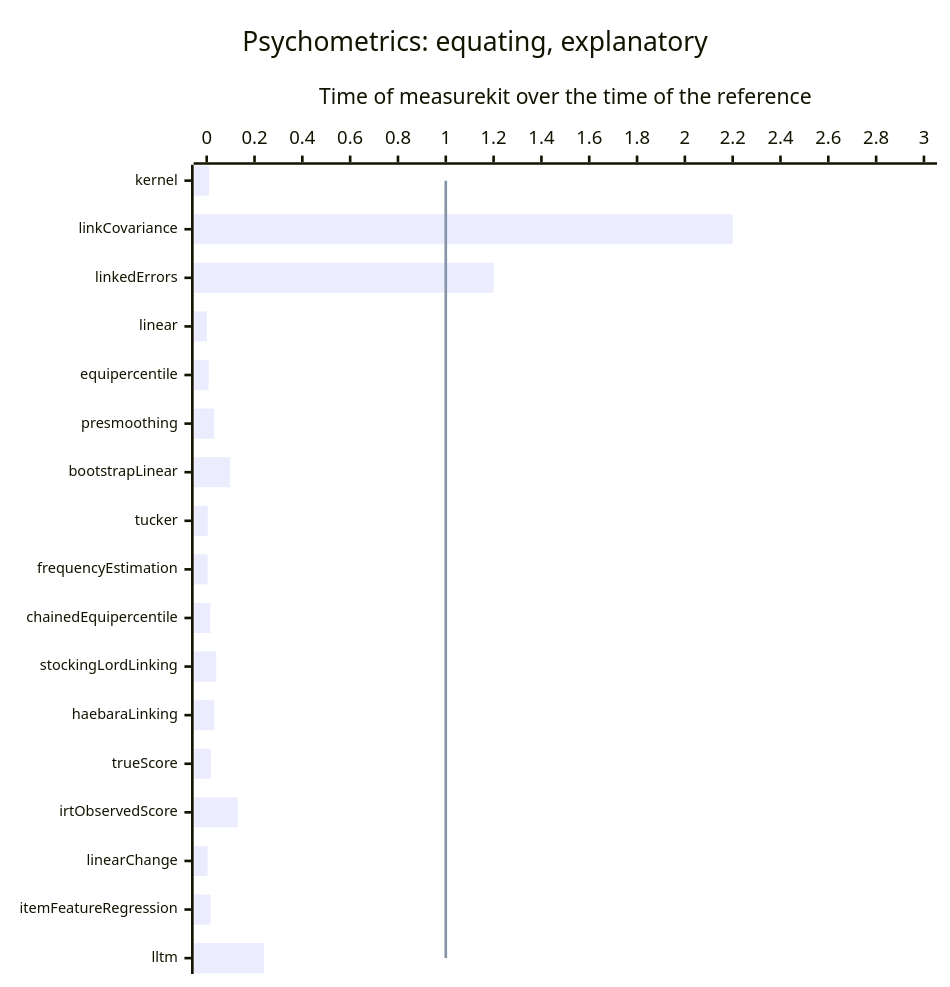
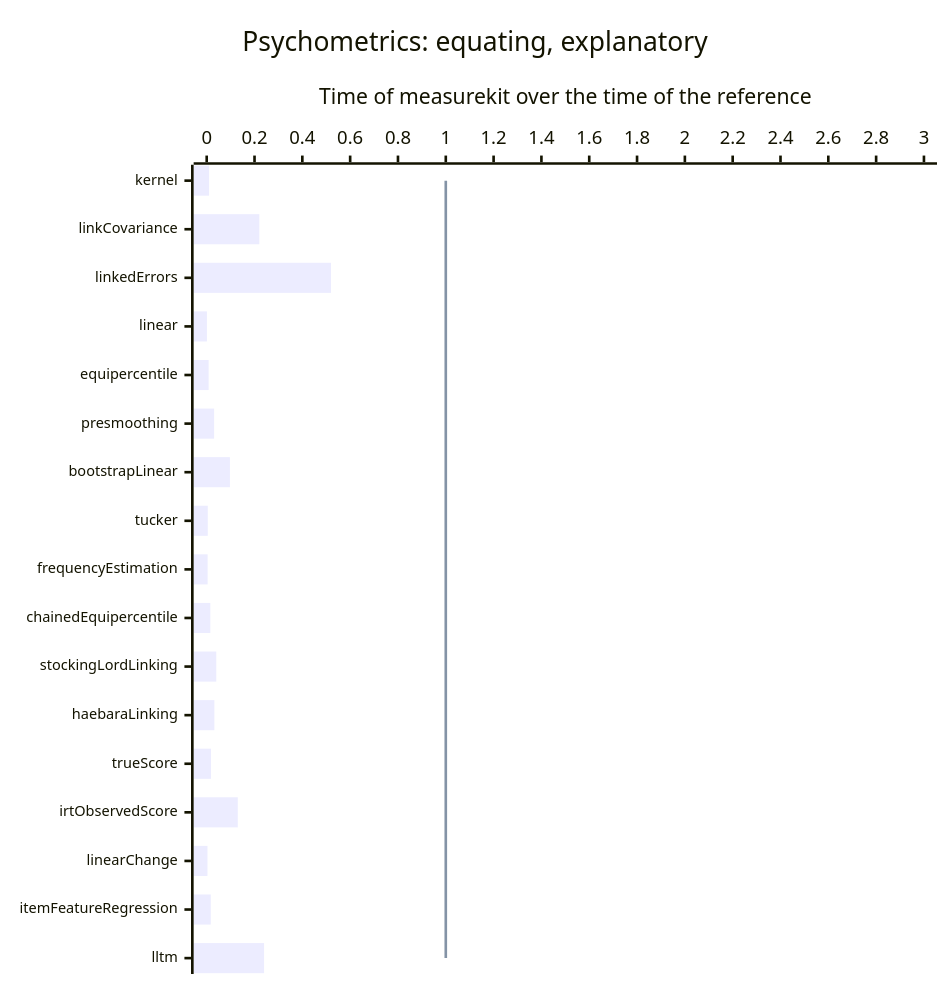
One commit to measurekit/measurekit changed the sixth of 13 diagrams in docs/performance.md. Above: the diagram before and after it, drawn with Mermaid. The commit also changed other lines of this file and 9 other files, not shown here.

````diff
--- a/docs/performance.md
+++ b/docs/performance.md
@@ -63,9 +63,9 @@
 ```mermaid
 %%{init: {"xyChart": {"height": 728, "xAxis": {"labelFontSize": 11}}}}%%
 xychart-beta horizontal
   title "Psychometrics: equating, explanatory"
   x-axis ["kernel", "linkCovariance", "linkedErrors", "linear", "equipercentile", "presmoothing", "bootstrapLinear", "tucker", "frequencyEstimation", "chainedEquipercentile", "stockingLordLinking", "haebaraLinking", "trueScore", "irtObservedScore", "linearChange", "itemFeatureRegression", "lltm"]
   y-axis "Time of measurekit over the time of the reference" 0 --> 3
-  bar [0.0098, 2.2, 1.2, 0.00083, 0.008, 0.031, 0.097, 0.0044, 0.0039, 0.015, 0.04, 0.032, 0.018, 0.13, 0.0031, 0.017, 0.24]
+  bar [0.0098, 0.22, 0.52, 0.00083, 0.008, 0.031, 0.097, 0.0044, 0.0039, 0.015, 0.04, 0.032, 0.018, 0.13, 0.0031, 0.017, 0.24]
   line [1, 1, 1, 1, 1, 1, 1, 1, 1, 1, 1, 1, 1, 1, 1, 1, 1]
 ```
````
